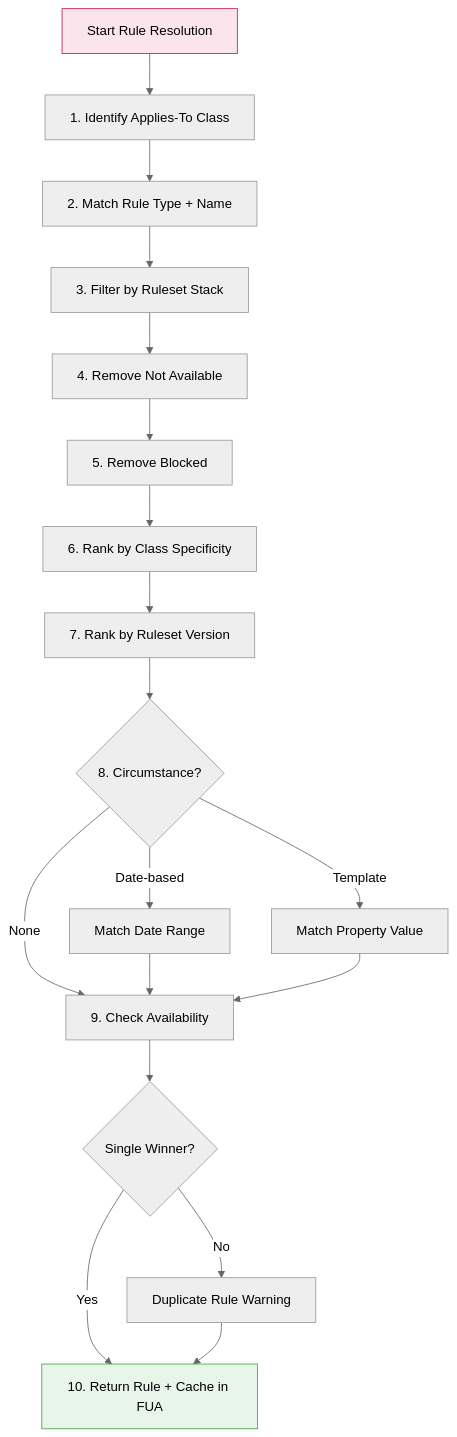
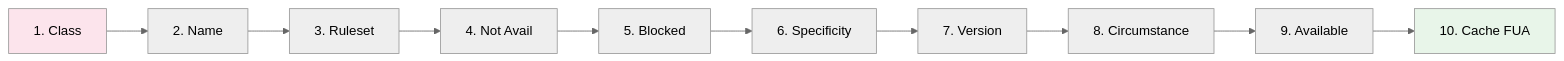
Before and after one commit to pratham-vishk/pega-interview-romance-guide: the diagram in pega-interview-prep/diagrams/01-rule-resolution.mmd, drawn with Mermaid (neutral theme). The commit also changed 20 other files, not shown here.

First line of the commit message:
Mega comprehensive edition: 473 subtopics, diagram page-fit, romantic full explanations

```diff
--- a/pega-interview-prep/diagrams/01-rule-resolution.mmd
+++ b/pega-interview-prep/diagrams/01-rule-resolution.mmd
@@ -1,21 +1,13 @@
-flowchart TD
-    A["Start Rule Resolution"] --> B["1. Identify Applies-To Class"]
-    B --> C["2. Match Rule Type + Name"]
-    C --> D["3. Filter by Ruleset Stack"]
-    D --> E["4. Remove Not Available"]
-    E --> F["5. Remove Blocked"]
-    F --> G["6. Rank by Class Specificity"]
-    G --> H["7. Rank by Ruleset Version"]
-    H --> I{"8. Circumstance?"}
-    I -->|Date-based| J["Match Date Range"]
-    I -->|Template| K["Match Property Value"]
-    I -->|None| L["9. Check Availability"]
-    J --> L
-    K --> L
-    L --> M{"Single Winner?"}
-    M -->|Yes| N["10. Return Rule + Cache in FUA"]
-    M -->|No| O["Duplicate Rule Warning"]
-    O --> N
+flowchart LR
+    A["1. Class"] --> B["2. Name"]
+    B --> C["3. Ruleset"]
+    C --> D["4. Not Avail"]
+    D --> E["5. Blocked"]
+    E --> F["6. Specificity"]
+    F --> G["7. Version"]
+    G --> H["8. Circumstance"]
+    H --> I["9. Available"]
+    I --> J["10. Cache FUA"]
 
-    style A fill:#fce4ec,stroke:#c2185b
-    style N fill:#e8f5e9,stroke:#43a047
+    style A fill:#fce4ec
+    style J fill:#e8f5e9
```
